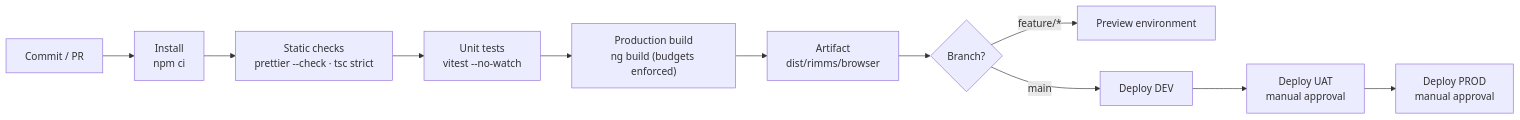
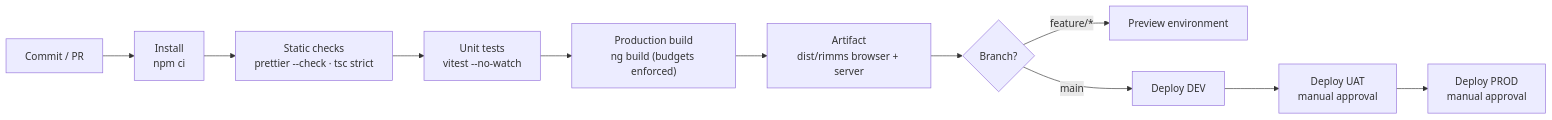
One commit to gauravmehta27/rimss changed the diagram in docs/02-build-strategy.md. Above: the diagram before and after it, drawn with Mermaid. The commit also changed other lines of this file and 11 other files, not shown here.

````diff
--- a/docs/02-build-strategy.md
+++ b/docs/02-build-strategy.md
@@ -5,13 +5,13 @@
 ```mermaid
 flowchart LR
   A["Commit / PR"] --> B["Install<br/>npm ci"]
   B --> C["Static checks<br/>prettier --check · tsc strict"]
   C --> D["Unit tests<br/>vitest --no-watch"]
   D --> E["Production build<br/>ng build (budgets enforced)"]
-  E --> F["Artifact<br/>dist/rimms/browser"]
+  E --> F["Artifact<br/>dist/rimms browser + server"]
   F --> G{"Branch?"}
   G -- "feature/*" --> H["Preview environment"]
   G -- "main" --> I["Deploy DEV"]
   I --> J["Deploy UAT<br/>manual approval"]
   J --> K["Deploy PROD<br/>manual approval"]
 ```
````
